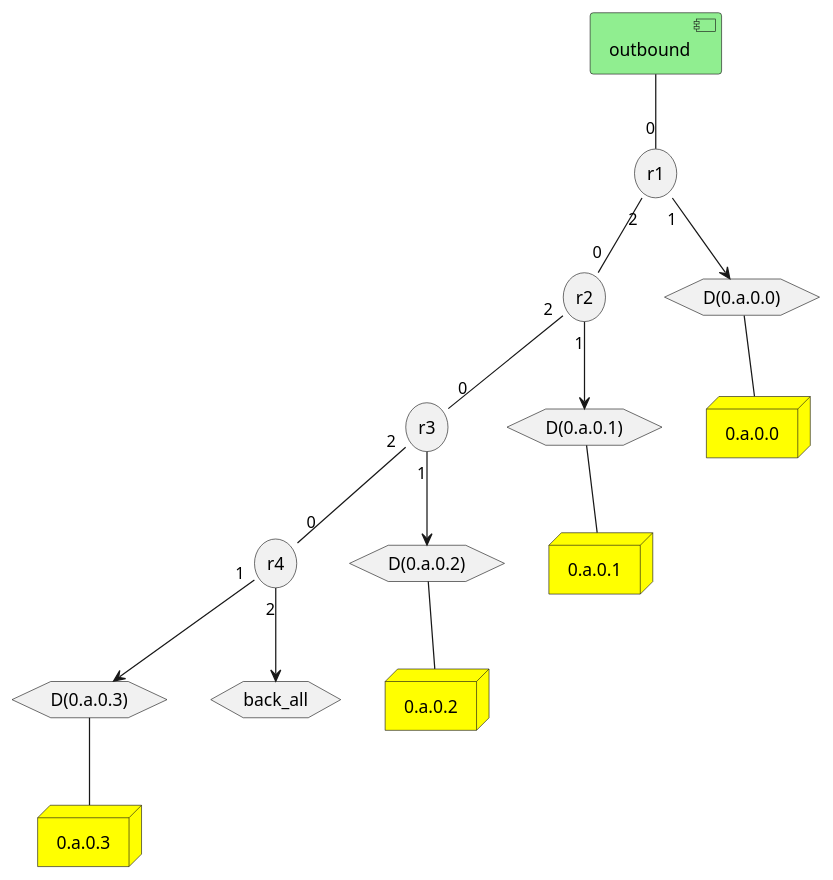
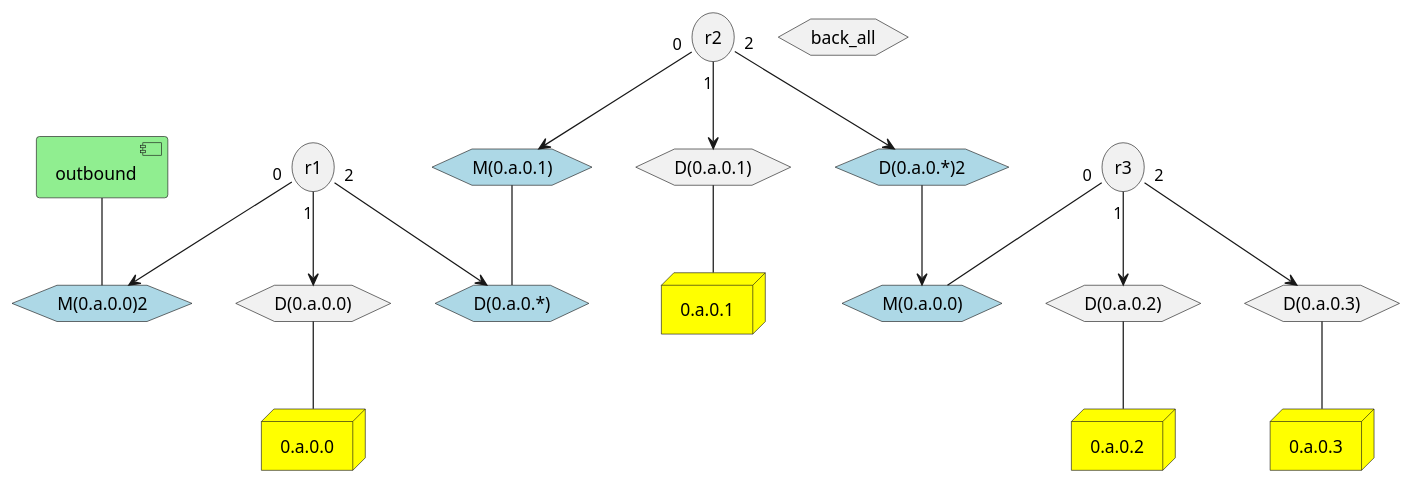
One commit to ogawa-atali/network changed the diagram in subnet-0a0x.pu. Above: the diagram before and after it, drawn with PlantUML.

Commit message:
バックトラックまで　未テスト

```diff
--- a/subnet-0a0x.pu
+++ b/subnet-0a0x.pu
@@ -1,40 +1,54 @@
 @startuml subnet-0axx
 
 component outbound #LightGreen
 
 node "0.a.0.0" as 0a00 #Yellow
 node "0.a.0.1" as 0a01 #Yellow
 node "0.a.0.2" as 0a02 #Yellow
 node "0.a.0.3" as 0a03 #Yellow
 
 storage r1
 storage r2
 storage r3
-storage r4
 
 hexagon "D(0.a.0.0)" as D_0a00
 hexagon "D(0.a.0.1)" as D_0a01
 hexagon "D(0.a.0.2)" as D_0a02
 hexagon "D(0.a.0.3)" as D_0a03
 hexagon "back_all" as back_all
 
-outbound -- "0" r1
+'0->外パケットがネットワーク内に入るのを防ぐ
+hexagon "D(0.a.0.*)" as D_0a0x  #LightBlue
+'1->外パケットがネットワーク内に入るのを防ぐ
+hexagon "D(0.a.0.*)2" as D_0a0x_2 #LightBlue
+'1->0パケットが無駄な部分を流れるのを防ぐ
+hexagon "M(0.a.0.0)" as M_0a00 #LightBlue
+'2->0パケットが無駄な部分を流れるのを防ぐ
+hexagon "M(0.a.0.0)2" as M_0a00_2 #LightBlue
+'2->1, 3->1パケットが外に出ていくのを防ぐ
+hexagon "M(0.a.0.1)" as M_0a01 #LightBlue
 
+outbound -- M_0a00_2
+
+r1 "0" --> M_0a00_2
 r1 "1" --> D_0a00
-r1 "2" -- "0" r2
+r1 "2" --> D_0a0x
 
+M_0a01 -- D_0a0x
+
+r2 "0" --> M_0a01
 r2 "1" --> D_0a01
-r2 "2" -- "0" r3
+r2 "2" --> D_0a0x_2
 
+D_0a0x_2 --> M_0a00
+
+r3 "0" -- M_0a00
 r3 "1" --> D_0a02
-r3 "2" -- "0" r4
-
-r4 "1" --> D_0a03
-r4 "2" --> back_all
+r3 "2" --> D_0a03
 
 D_0a00 -- 0a00
 D_0a01 -- 0a01
 D_0a02 -- 0a02
 D_0a03 -- 0a03
 
 @enduml
```
